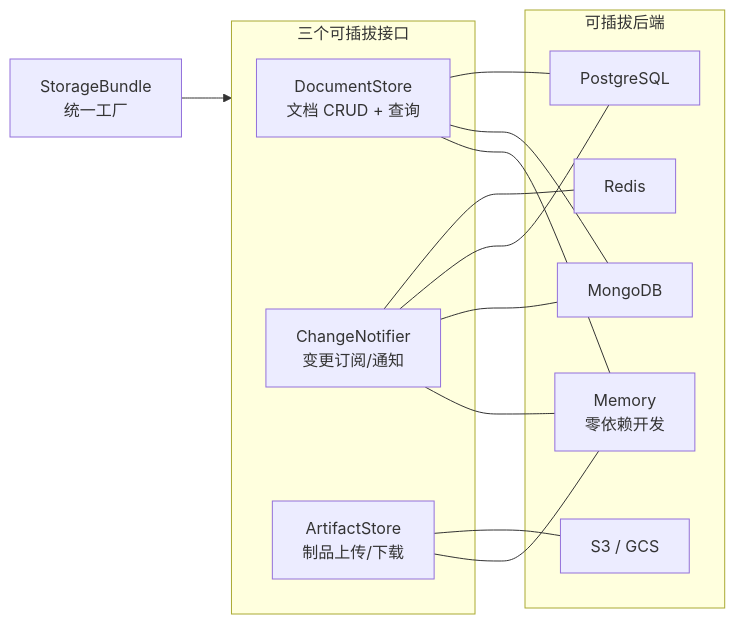
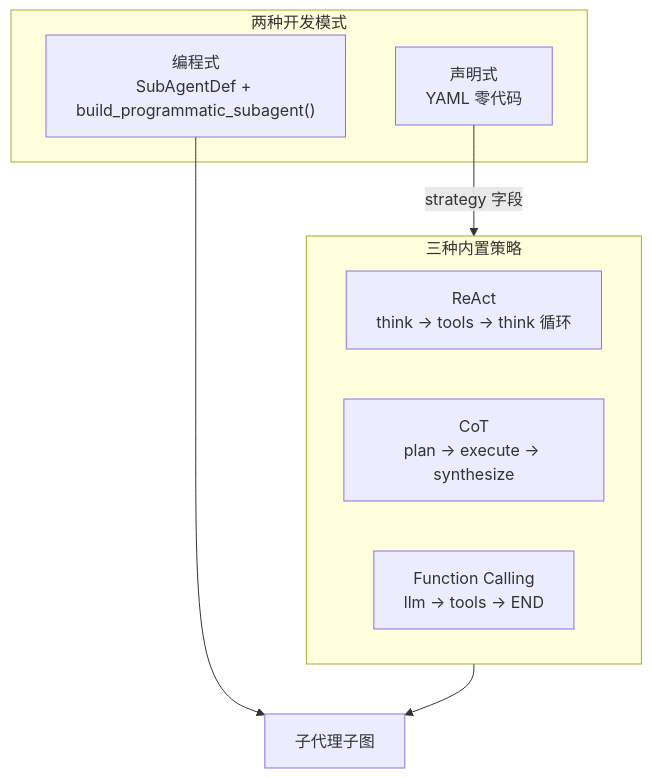
One commit to heelynn/artipivot changed the third of 12 diagrams in README.md. Above: the diagram before and after it, drawn with Mermaid. The commit also changed other lines of this file and 3 other files, not shown here.

````diff
--- a/README.md
+++ b/README.md
@@ -101,22 +189,17 @@
 ```mermaid
-flowchart LR
-    subgraph Interfaces["三个可插拔接口"]
-        DS["DocumentStore<br/>文档 CRUD + 查询"]
-        CN["ChangeNotifier<br/>变更订阅/通知"]
-        AS["ArtifactStore<br/>制品上传/下载"]
+flowchart TD
+    subgraph Modes["两种开发模式"]
+        Prog["编程式<br/>SubAgentDef + build_programmatic_subagent()"]
+        Decl["声明式<br/>YAML 零代码"]
     end
 
-    subgraph Backends["可插拔后端"]
-        InMem["Memory<br/>零依赖开发"]
-        Mongo["MongoDB"]
-        PG["PostgreSQL"]
-        Redis["Redis"]
-        S3["S3 / GCS"]
+    Decl -->|"strategy 字段"| Strategies
+    subgraph Strategies["三种内置策略"]
+        React["ReAct<br/>think → tools → think 循环"]
+        CoT["CoT<br/>plan → execute → synthesize"]
+        FC["Function Calling<br/>llm → tools → END"]
     end
 
-    DS --- InMem & Mongo & PG
-    CN --- InMem & Mongo & PG & Redis
-    AS --- InMem & S3
-
-    SB["StorageBundle<br/>统一工厂"] --> Interfaces
+    Prog --> Graph["子代理子图"]
+    Strategies --> Graph
 ```
````
